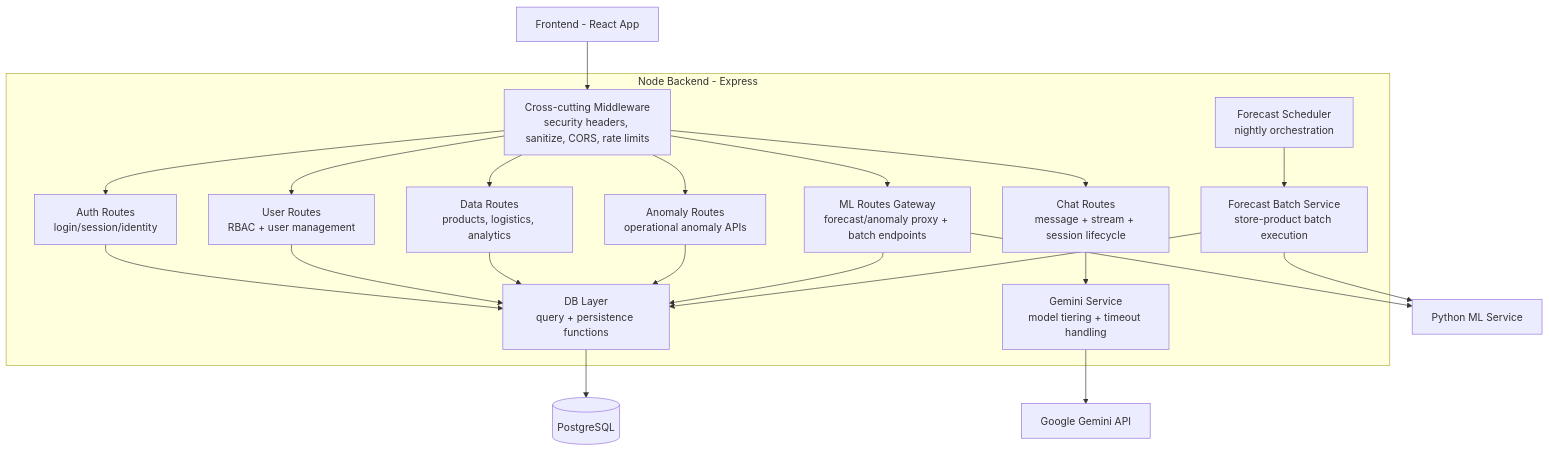
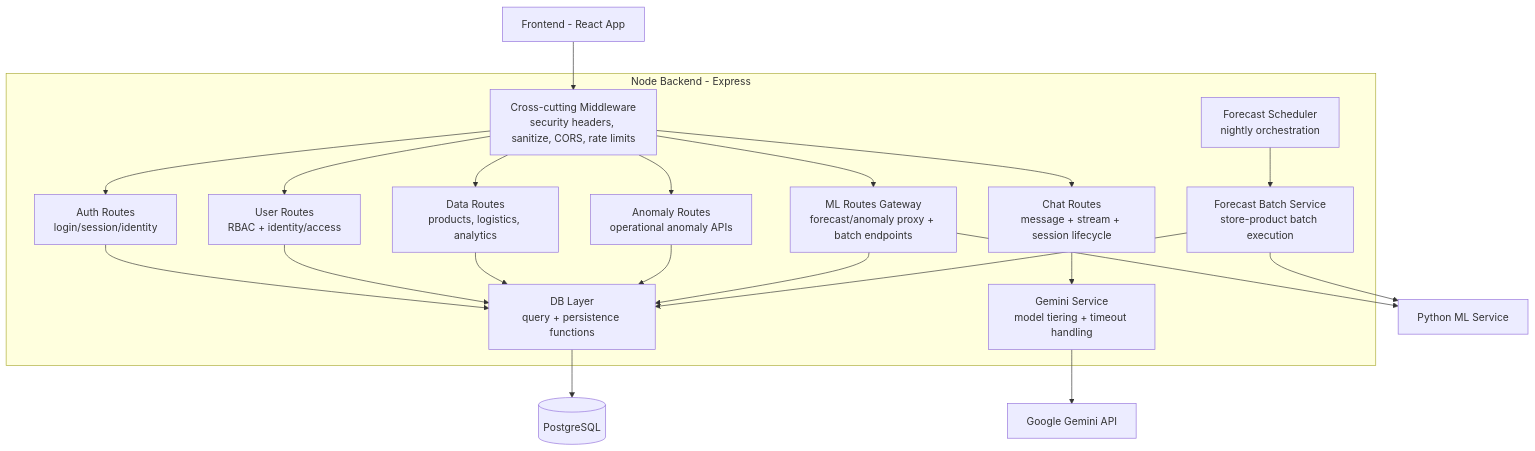
The sixth of 6 diagrams in ARCHITECTURE_DIAGRAMS.md (fulkruhm/podspro), drawn with Mermaid before and after one commit. The commit also changed 30 other files, not shown here.

````diff
--- a/ARCHITECTURE_DIAGRAMS.md
+++ b/ARCHITECTURE_DIAGRAMS.md
@@ -217,46 +217,46 @@
 ```mermaid
 flowchart TB
   %% External dependencies
   FE["Frontend - React App"]
   MLSVC["Python ML Service"]
   PG[(PostgreSQL)]
   GEM["Google Gemini API"]
 
   %% Backend container
   subgraph NODE["Node Backend - Express"]
     MW["Cross-cutting Middleware<br/>security headers, sanitize, CORS, rate limits"]
     AUTH["Auth Routes<br/>login/session/identity"]
-    USERS["User Routes<br/>RBAC + user management"]
+    USERS["User Routes<br/>RBAC + identity/access"]
     DATA["Data Routes<br/>products, logistics, analytics"]
     ANOM["Anomaly Routes<br/>operational anomaly APIs"]
     CHAT["Chat Routes<br/>message + stream + session lifecycle"]
     MLGW["ML Routes Gateway<br/>forecast/anomaly proxy + batch endpoints"]
     GEMSVC["Gemini Service<br/>model tiering + timeout handling"]
     SCHED["Forecast Scheduler<br/>nightly orchestration"]
     BATCH["Forecast Batch Service<br/>store-product batch execution"]
     DBL["DB Layer<br/>query + persistence functions"]
   end
 
   FE --> MW
   MW --> AUTH
   MW --> USERS
   MW --> DATA
   MW --> ANOM
   MW --> CHAT
   MW --> MLGW
 
   CHAT --> GEMSVC --> GEM
 
   AUTH --> DBL
   USERS --> DBL
   DATA --> DBL
   ANOM --> DBL
   MLGW --> DBL
 
   MLGW --> MLSVC
   SCHED --> BATCH
   BATCH --> MLSVC
   BATCH --> DBL
 
   DBL --> PG
 ```
````
